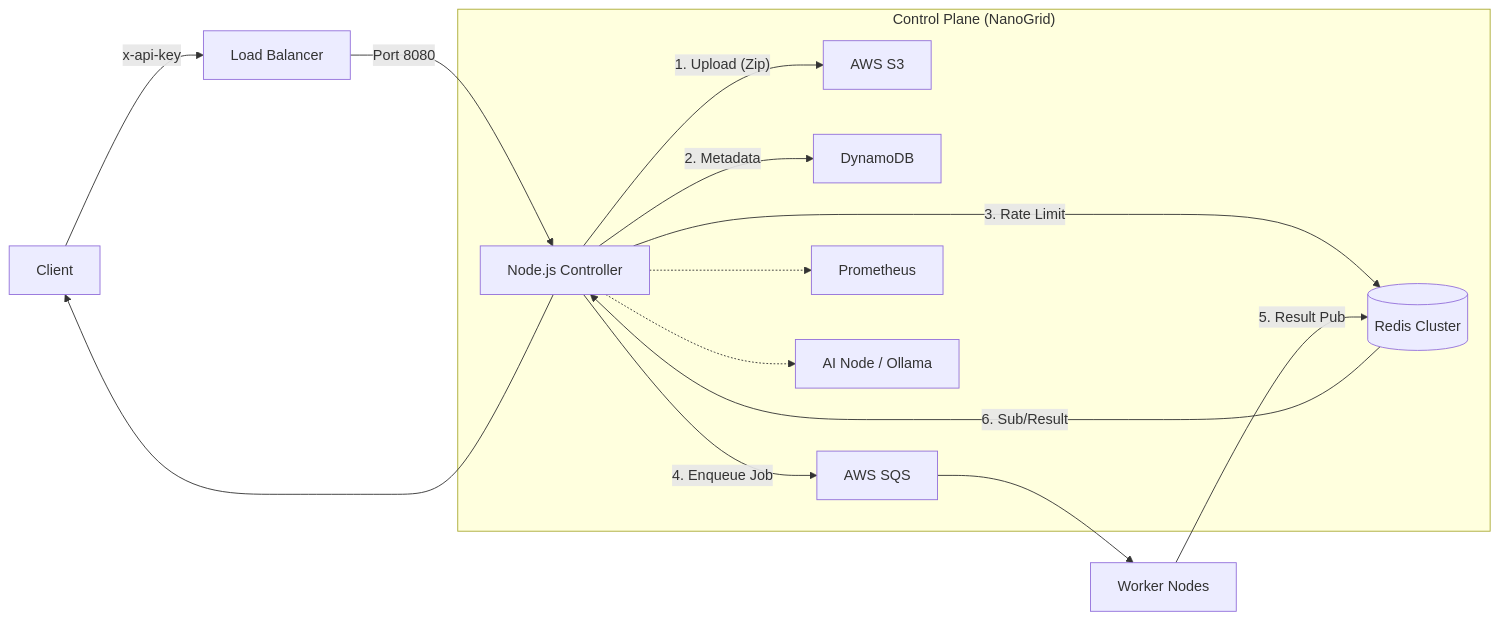
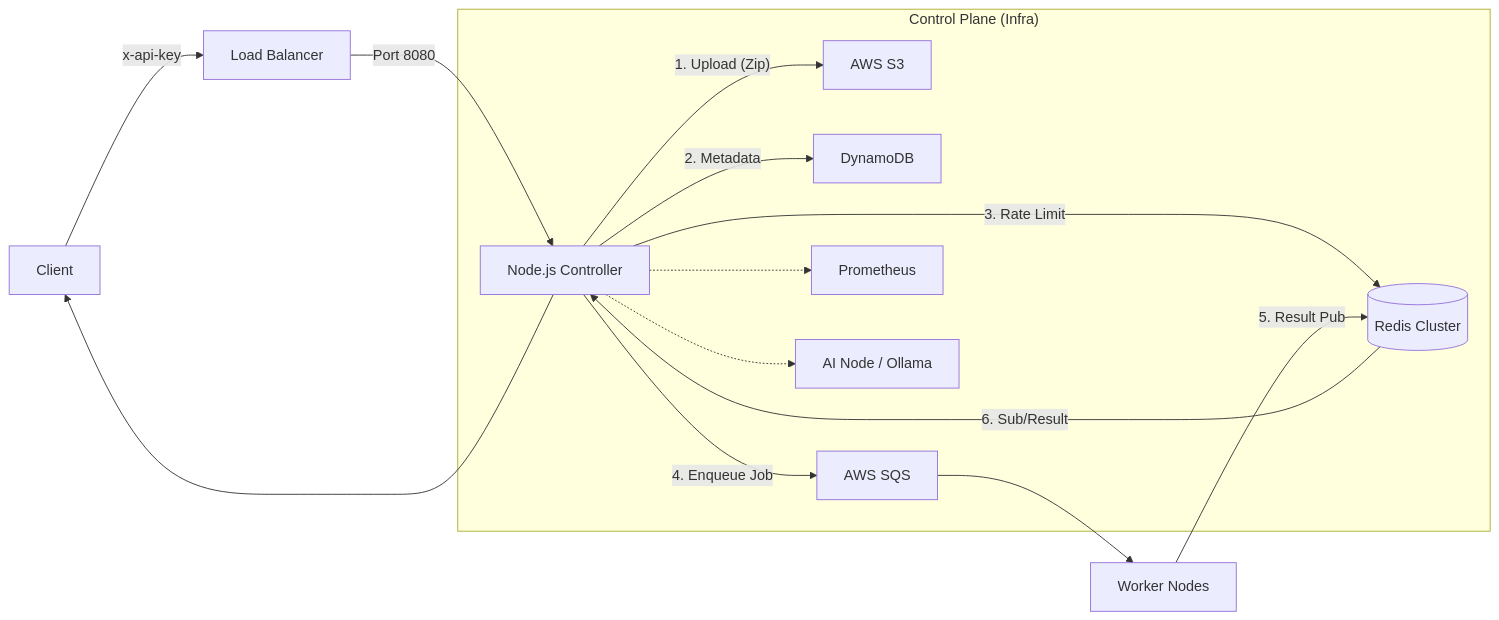
The diagram in README.md (sangmu1126/FaaS-Platform), drawn with Mermaid before and after one commit. The commit also changed other lines of this file, not shown here.

````diff
--- a/README.md
+++ b/README.md
@@ -13,20 +13,20 @@
 ```mermaid
 graph LR
     User[Client] -- "x-api-key" --> ALB[Load Balancer]
     ALB -- Port 8080 --> Controller[Node.js Controller]
     
-    subgraph "Control Plane (NanoGrid)"
+    subgraph "Control Plane (Infra)"
     Controller -- "1. Upload (Zip)" --> S3[AWS S3]
     Controller -- "2. Metadata" --> DDB[DynamoDB]
     Controller -- "3. Rate Limit" --> Redis[(Redis Cluster)]
     Controller -- "4. Enqueue Job" --> SQS[AWS SQS]
     
     Controller -.-> Prom[Prometheus]
     Controller -.-> AINode[AI Node / Ollama]
     end
 
     SQS --> Worker[Worker Nodes]
     Worker -- "5. Result Pub" --> Redis
     Redis -- "6. Sub/Result" --> Controller
     Controller --> User
 ```
````
